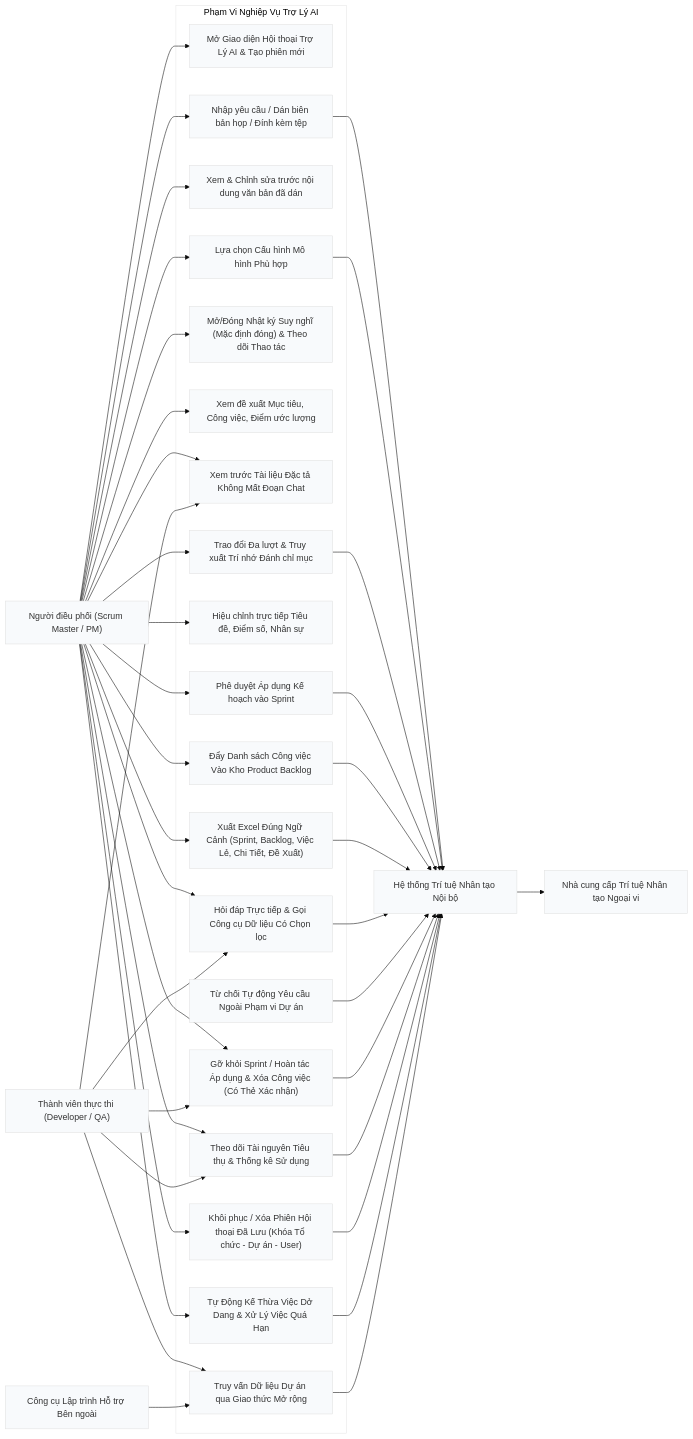
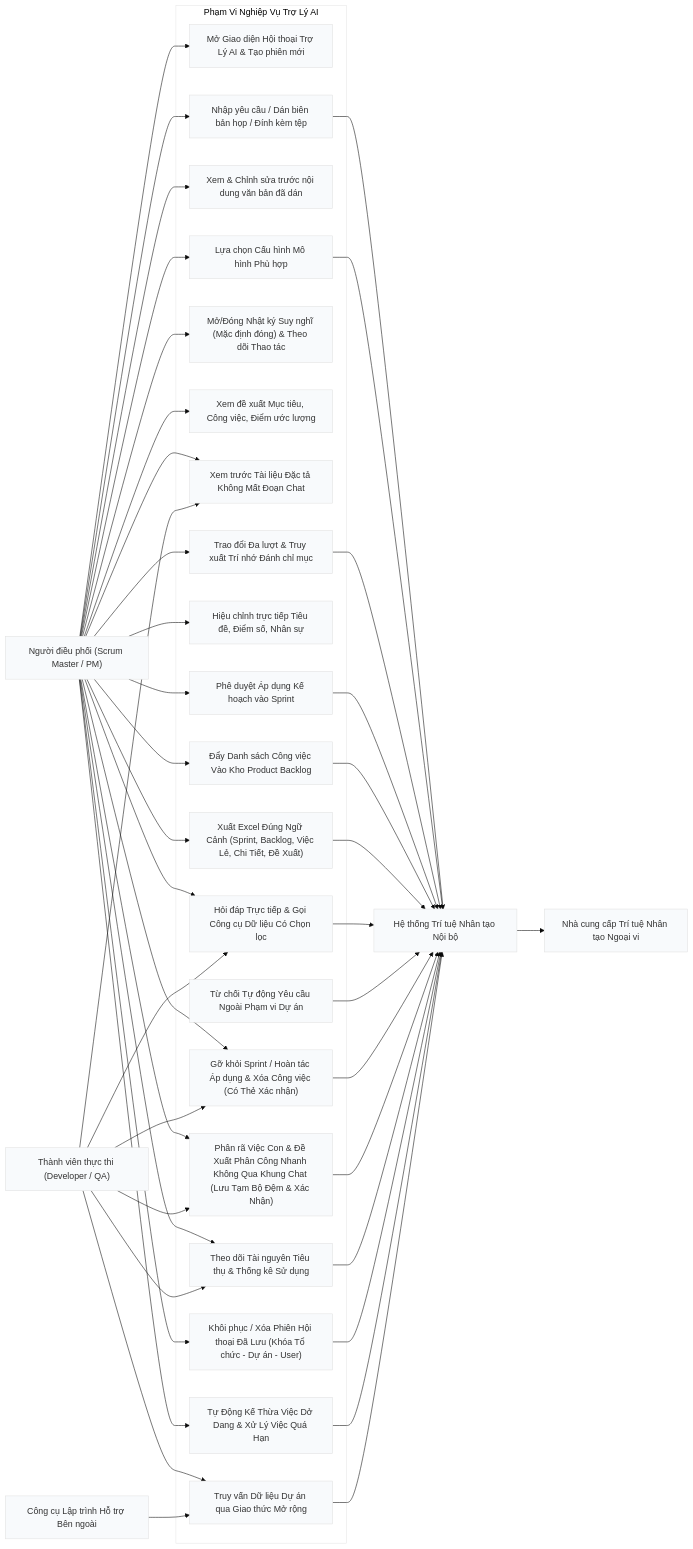
One commit to TranHoang2k40525/ProjectMgmt changed the second of 2 diagrams in docs/ai/01-kien-truc-tong-quan-va-use-case.md. Above: the diagram before and after it, drawn with Mermaid. The commit also changed 21 other files, not shown here.

Commit message:
feat(ai): kích hoạt thao tác nhanh Phân rã Sub-task và Đề xuất phân công qua Trợ Lý AI lưu tạm Redis

````diff
--- a/docs/ai/01-kien-truc-tong-quan-va-use-case.md
+++ b/docs/ai/01-kien-truc-tong-quan-va-use-case.md
@@ -110,71 +110,75 @@
 ```mermaid
 %%{init: {"theme": "base", "themeVariables": {"primaryColor": "#f8fafc", "edgeLabelBackground":"#ffffff"}}}%%
 flowchart LR
     SM["Người điều phối (Scrum Master / PM)"]
     DEV["Thành viên thực thi (Developer / QA)"]
     AI["Hệ thống Trí tuệ Nhân tạo Nội bộ"]
     EXT["Nhà cung cấp Trí tuệ Nhân tạo Ngoại vi"]
     EXT_AGENT["Công cụ Lập trình Hỗ trợ Bên ngoài"]
 
     subgraph UC["Phạm Vi Nghiệp Vụ Trợ Lý AI"]
         UC1["Mở Giao diện Hội thoại Trợ Lý AI & Tạo phiên mới"]
         UC2["Nhập yêu cầu / Dán biên bản họp / Đính kèm tệp"]
         UC3["Xem & Chỉnh sửa trước nội dung văn bản đã dán"]
         UC4["Lựa chọn Cấu hình Mô hình Phù hợp"]
         UC5["Mở/Đóng Nhật ký Suy nghĩ (Mặc định đóng) & Theo dõi Thao tác"]
         UC6["Xem đề xuất Mục tiêu, Công việc, Điểm ước lượng"]
         UC7["Xem trước Tài liệu Đặc tả Không Mất Đoạn Chat"]
         UC8["Trao đổi Đa lượt & Truy xuất Trí nhớ Đánh chỉ mục"]
         UC9["Hiệu chỉnh trực tiếp Tiêu đề, Điểm số, Nhân sự"]
         UC10["Phê duyệt Áp dụng Kế hoạch vào Sprint"]
         UC15["Đẩy Danh sách Công việc Vào Kho Product Backlog"]
         UC16["Xuất Excel Đúng Ngữ Cảnh (Sprint, Backlog, Việc Lẻ, Chi Tiết, Đề Xuất)"]
         UC17["Hỏi đáp Trực tiếp & Gọi Công cụ Dữ liệu Có Chọn lọc"]
         UC18["Từ chối Tự động Yêu cầu Ngoài Phạm vi Dự án"]
         UC19["Gỡ khỏi Sprint / Hoàn tác Áp dụng & Xóa Công việc (Có Thẻ Xác nhận)"]
+        UC20["Phân rã Việc Con & Đề Xuất Phân Công Nhanh Không Qua Khung Chat (Lưu Tạm Bộ Đệm & Xác Nhận)"]
         UC11["Truy vấn Dữ liệu Dự án qua Giao thức Mở rộng"]
         UC12["Theo dõi Tài nguyên Tiêu thụ & Thống kê Sử dụng"]
         UC13["Khôi phục / Xóa Phiên Hội thoại Đã Lưu (Khóa Tổ chức - Dự án - User)"]
         UC14["Tự Động Kế Thừa Việc Dở Dang & Xử Lý Việc Quá Hạn"]
     end
 
     SM --> UC1
     SM --> UC2
     SM --> UC3
     SM --> UC4
     SM --> UC5
     SM --> UC6
     SM --> UC7
     SM --> UC8
     SM --> UC9
     SM --> UC10
     SM --> UC15
     SM --> UC16
     SM --> UC17
     SM --> UC19
+    SM --> UC20
     SM --> UC12
     SM --> UC13
     SM --> UC14
 
     DEV --> UC7
     DEV --> UC11
     DEV --> UC12
     DEV --> UC17
     DEV --> UC19
+    DEV --> UC20
 
     UC2 --> AI
     UC4 --> AI
     UC8 --> AI
     UC10 --> AI
     UC15 --> AI
     UC16 --> AI
     UC17 --> AI
     UC18 --> AI
     UC19 --> AI
+    UC20 --> AI
     UC12 --> AI
     UC13 --> AI
     UC14 --> AI
     AI --> EXT
     EXT_AGENT --> UC11
     UC11 --> AI
 ```
````
